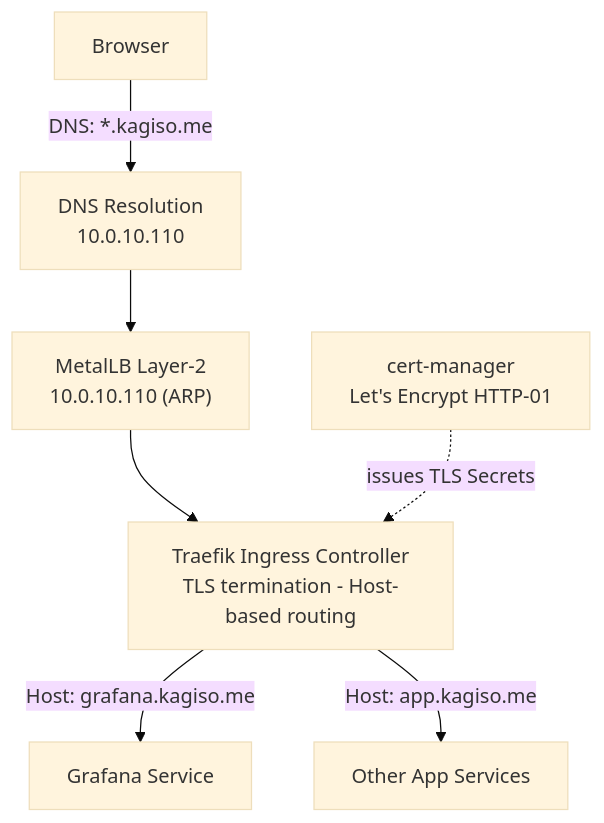
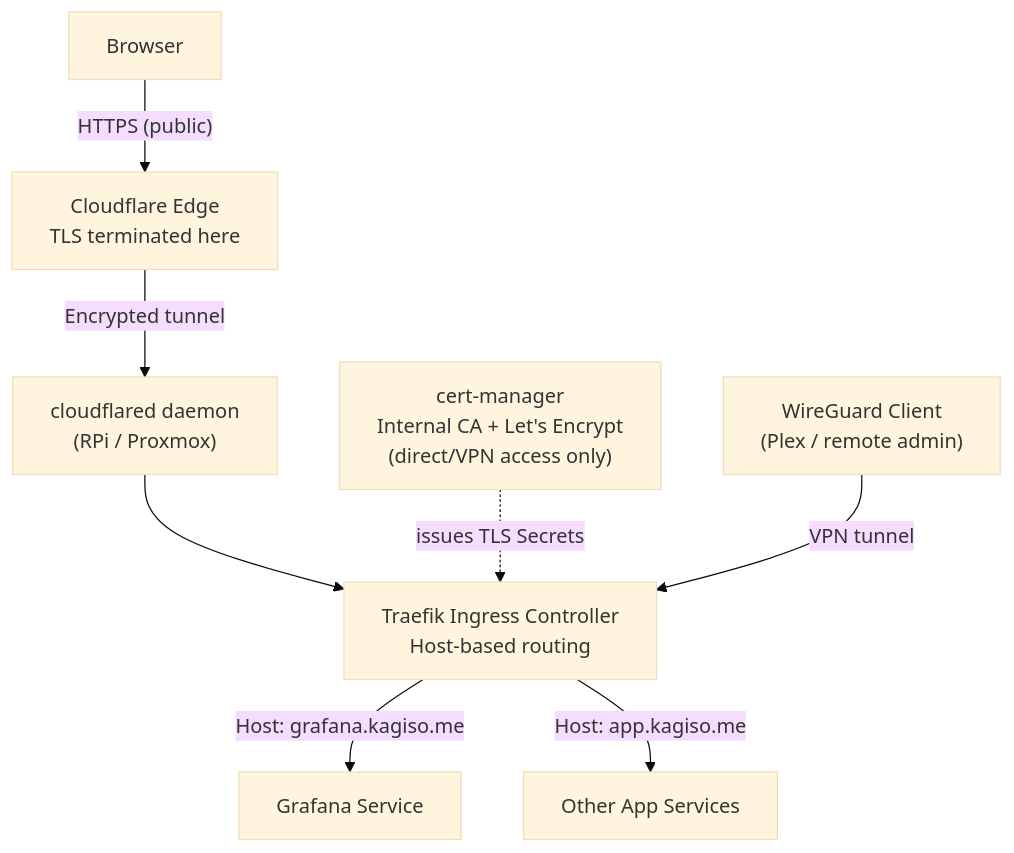
One commit to Kagiso-me/homelab-infrastructure changed the first of 3 diagrams in docs/guides/03-Networking-Platform.md. Above: the diagram before and after it, drawn with Mermaid (base theme). The commit also changed other lines of this file and 4 other files, not shown here.

First line of the commit message:
refactor: consolidate to Cloudflare Tunnel, remove letsencrypt-staging

````diff
--- a/docs/guides/03-Networking-Platform.md
+++ b/docs/guides/03-Networking-Platform.md
@@ -74,9 +74,10 @@
 ```mermaid
 graph TD
-    Browser["Browser"] -->|"DNS: *.kagiso.me"| DNS["DNS Resolution<br/>10.0.10.110"]
-    DNS --> MetalLB["MetalLB Layer-2<br/>10.0.10.110 (ARP)"]
-    MetalLB --> Traefik["Traefik Ingress Controller<br/>TLS termination - Host-based routing"]
+    Browser["Browser"] -->|"HTTPS (public)"| CF["Cloudflare Edge<br/>TLS terminated here"]
+    CF -->|"Encrypted tunnel"| CFD["cloudflared daemon<br/>(RPi / Proxmox)"]
+    CFD --> Traefik["Traefik Ingress Controller<br/>Host-based routing"]
     Traefik -->|"Host: grafana.kagiso.me"| Grafana["Grafana Service"]
     Traefik -->|"Host: app.kagiso.me"| App["Other App Services"]
-    CertManager["cert-manager<br/>Let's Encrypt HTTP-01"] -.->|issues TLS Secrets| Traefik
+    CertManager["cert-manager<br/>Internal CA + Let's Encrypt<br/>(direct/VPN access only)"] -.->|issues TLS Secrets| Traefik
+    WG["WireGuard Client<br/>(Plex / remote admin)"] -->|"VPN tunnel"| Traefik
 ```
````
